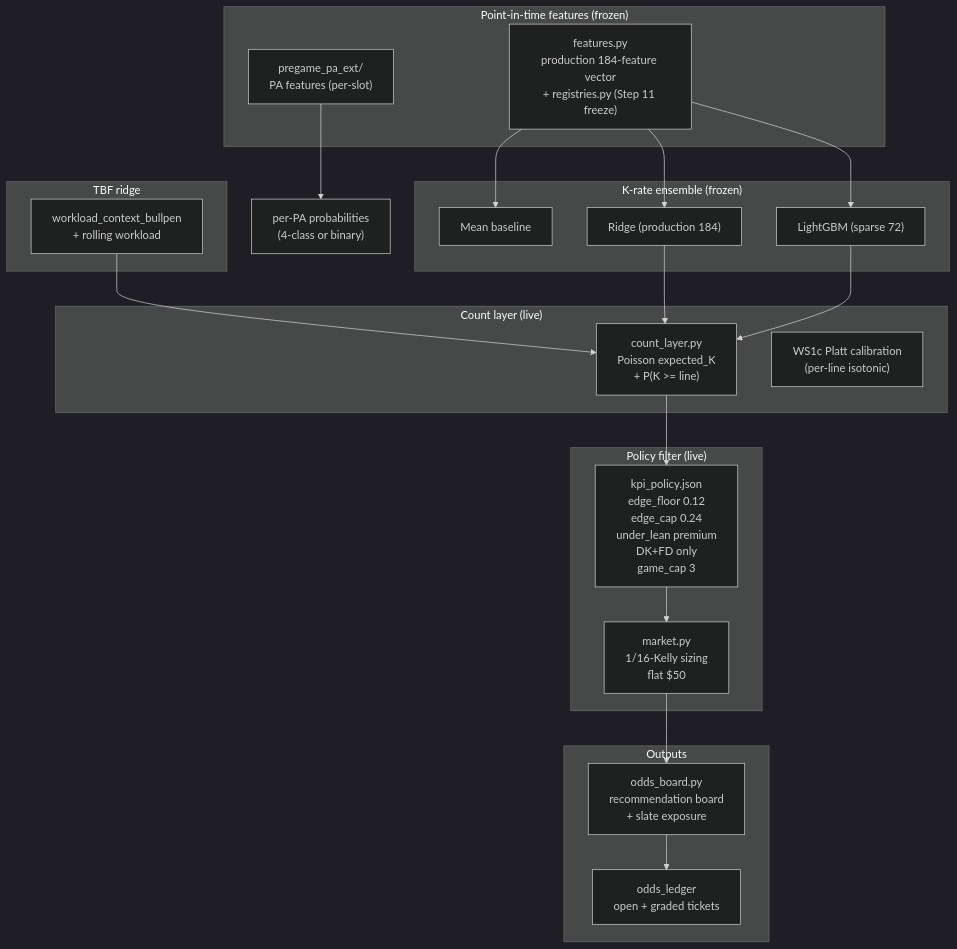
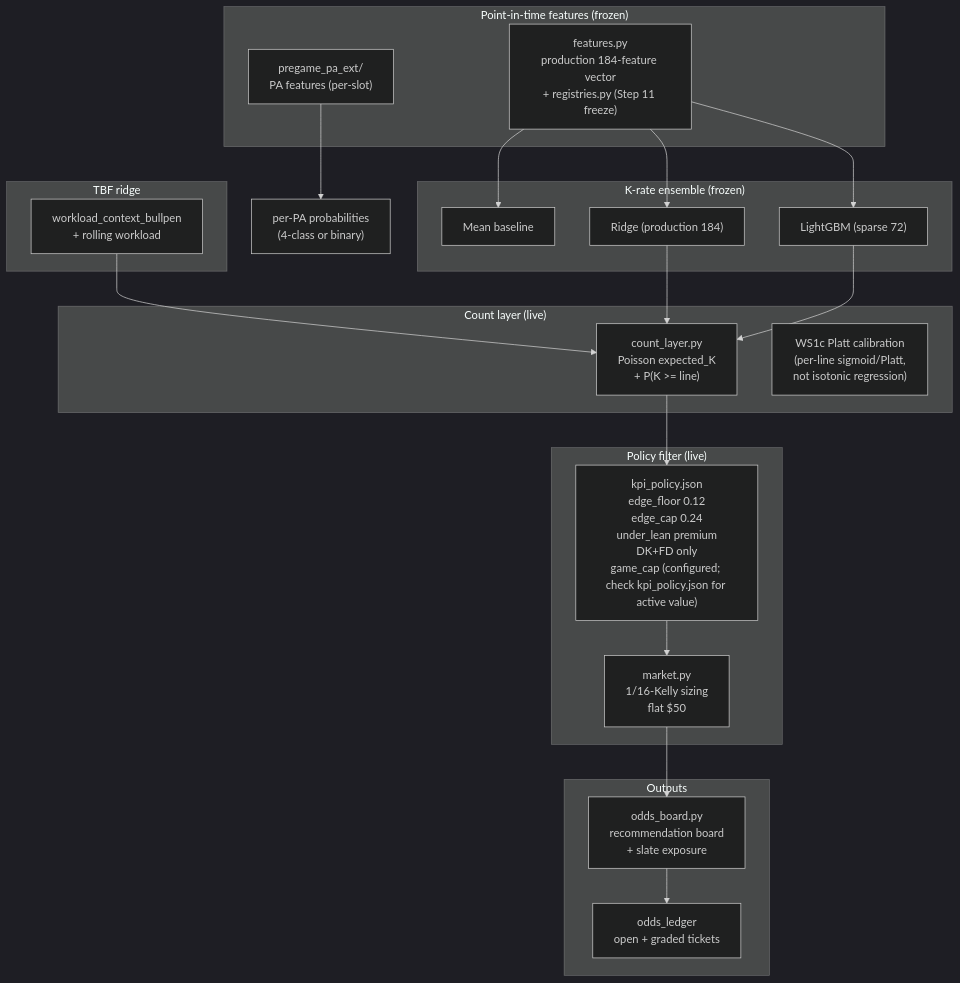
One commit to Cbkaplinger/MLB-Props changed the diagram in docs/diagrams/17-model-pipeline.md. Above: the diagram before and after it, drawn with Mermaid (dark theme). The commit also changed 1 other file, not shown here.

Commit message:
docs(diagrams): consistent historical/repaired/verified labeling across 17/18/19 - diagram 17: game_cap labeled as configured (check kpi_policy.json for active value, not assumed), WS1c labeled Platt/sigmoid explicitly (not isotonic); diagram 18: already correct (historical broken flow + repaired verified flow separated); diagram 19: stage 5 market evaluation labeled HISTORICAL (identity repaired, independently verified) replacing UNDER AUDIT; no live-policy edits, no data changes

````diff
--- a/docs/diagrams/17-model-pipeline.md
+++ b/docs/diagrams/17-model-pipeline.md
@@ -6,42 +6,42 @@
 ```mermaid
 flowchart TB
     subgraph FEATURES["Point-in-time features (frozen)"]
         F1["features.py<br/>production 184-feature vector<br/>+ registries.py (Step 11 freeze)"]
         F2["pregame_pa_ext/<br/>PA features (per-slot)"]
     end
 
     subgraph KRATE["K-rate ensemble (frozen)"]
         K1["Mean baseline"]
         K2["Ridge (production 184)"]
         K3["LightGBM (sparse 72)"]
     end
 
     subgraph TBF["TBF ridge"]
         T1["workload_context_bullpen<br/>+ rolling workload"]
     end
 
     subgraph COUNT["Count layer (live)"]
         C1["count_layer.py<br/>Poisson expected_K<br/>+ P(K >= line)"]
-        C2["WS1c Platt calibration<br/>(per-line isotonic)"]
+        C2["WS1c Platt calibration<br/>(per-line sigmoid/Platt,<br/>not isotonic regression)"]
     end
 
     subgraph POLICY["Policy filter (live)"]
-        P1["kpi_policy.json<br/>edge_floor 0.12<br/>edge_cap 0.24<br/>under_lean premium<br/>DK+FD only<br/>game_cap 3"]
+        P1["kpi_policy.json<br/>edge_floor 0.12<br/>edge_cap 0.24<br/>under_lean premium<br/>DK+FD only<br/>game_cap (configured; check kpi_policy.json for active value)"]
         P2["market.py<br/>1/16-Kelly sizing<br/-> flat $50"]
     end
 
     subgraph OUTPUT["Outputs"]
         O1["odds_board.py<br/>recommendation board<br/>+ slate exposure"]
         O2["odds_ledger<br/>open + graded tickets"]
     end
 
     F1 --> K1
     F1 --> K2
     F1 --> K3
     F2 --> PA["per-PA probabilities<br/>(4-class or binary)"]
     T1 --> C1
     K2 --> C1
     K3 --> C1
     C1 --> P1 --> P2 --> O1
     O1 --> O2
 ```
````
